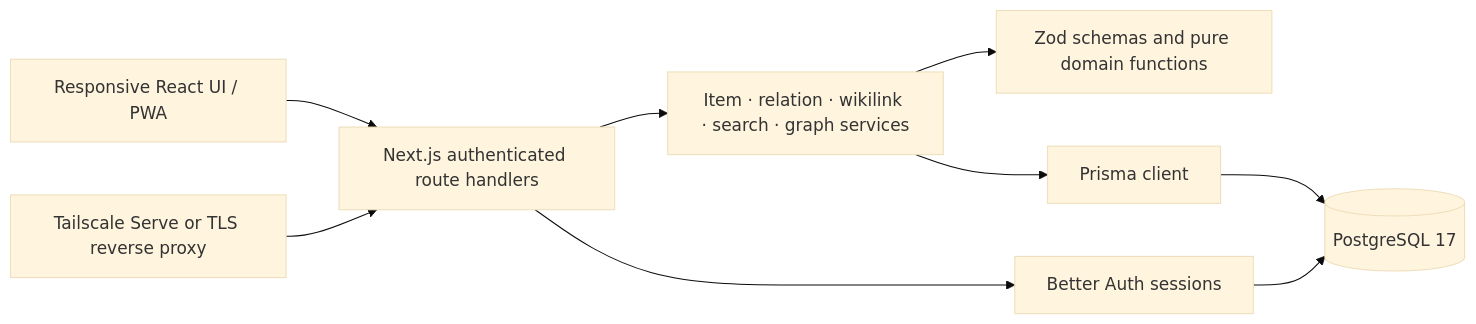
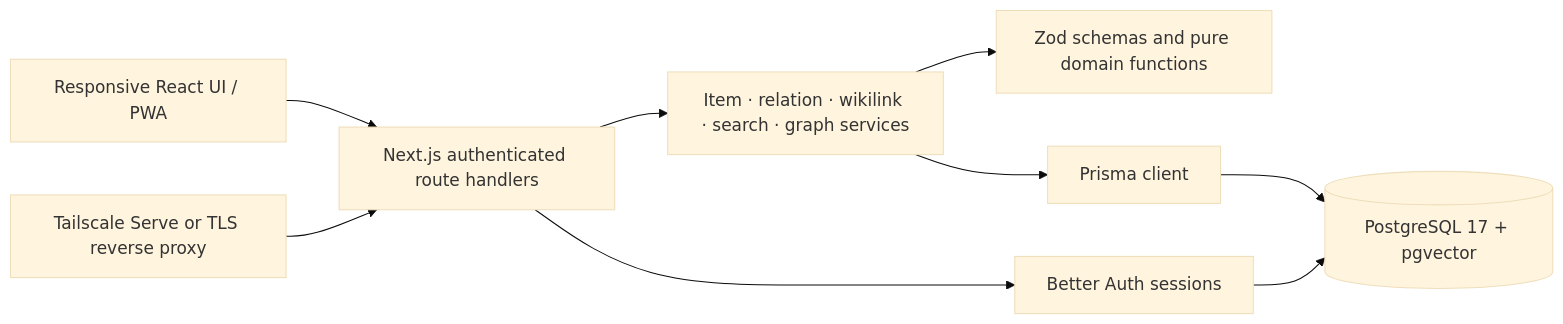
The first of 2 diagrams in ARCHITECTURE.md (elfo399/Synapse), drawn with Mermaid (base theme) before and after one commit. The commit also changed 27 other files, not shown here.

````diff
--- a/ARCHITECTURE.md
+++ b/ARCHITECTURE.md
@@ -5,11 +5,11 @@
 ```mermaid
 flowchart LR
     Browser[Responsive React UI / PWA] --> HTTP[Next.js authenticated route handlers]
     HTTP --> Services[Item · relation · wikilink · search · graph services]
     Services --> Domain[Zod schemas and pure domain functions]
     Services --> Prisma[Prisma client]
-    Prisma --> PG[(PostgreSQL 17)]
+    Prisma --> PG[(PostgreSQL 17 + pgvector)]
     HTTP --> Auth[Better Auth sessions]
     Auth --> PG
     TLS[Tailscale Serve or TLS reverse proxy] --> HTTP
 ```
````
